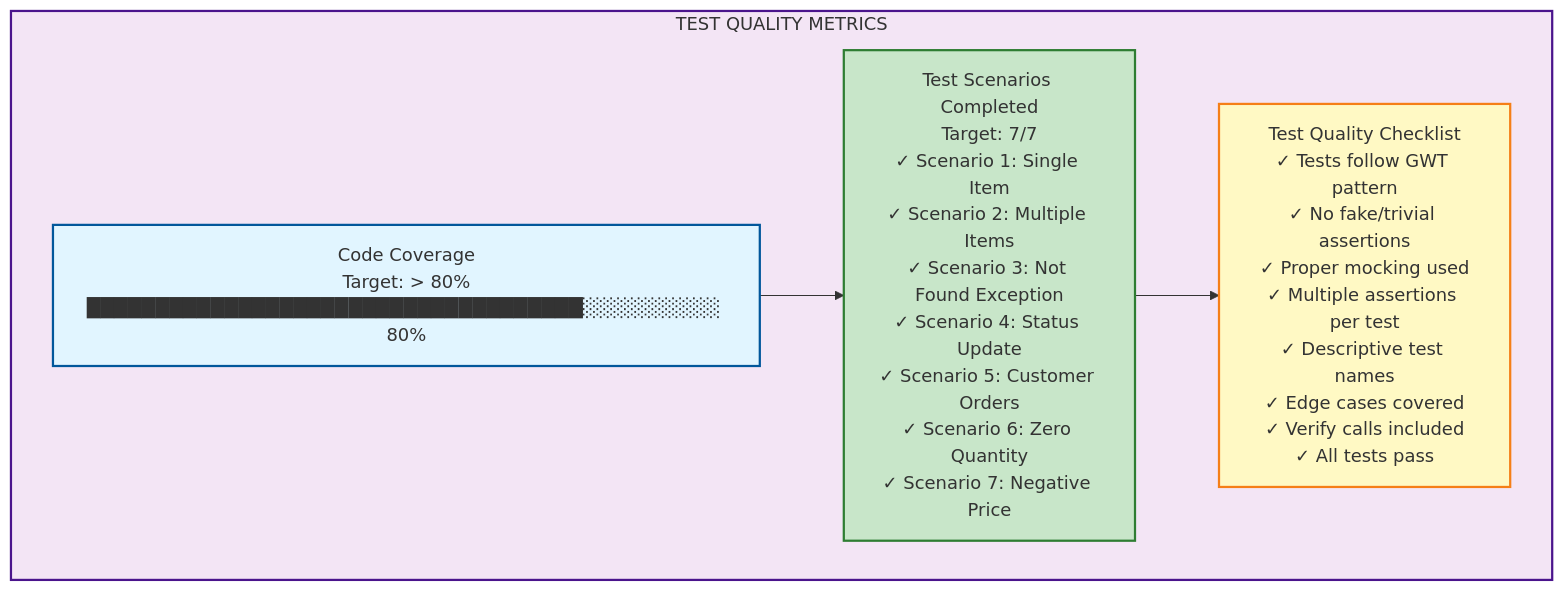
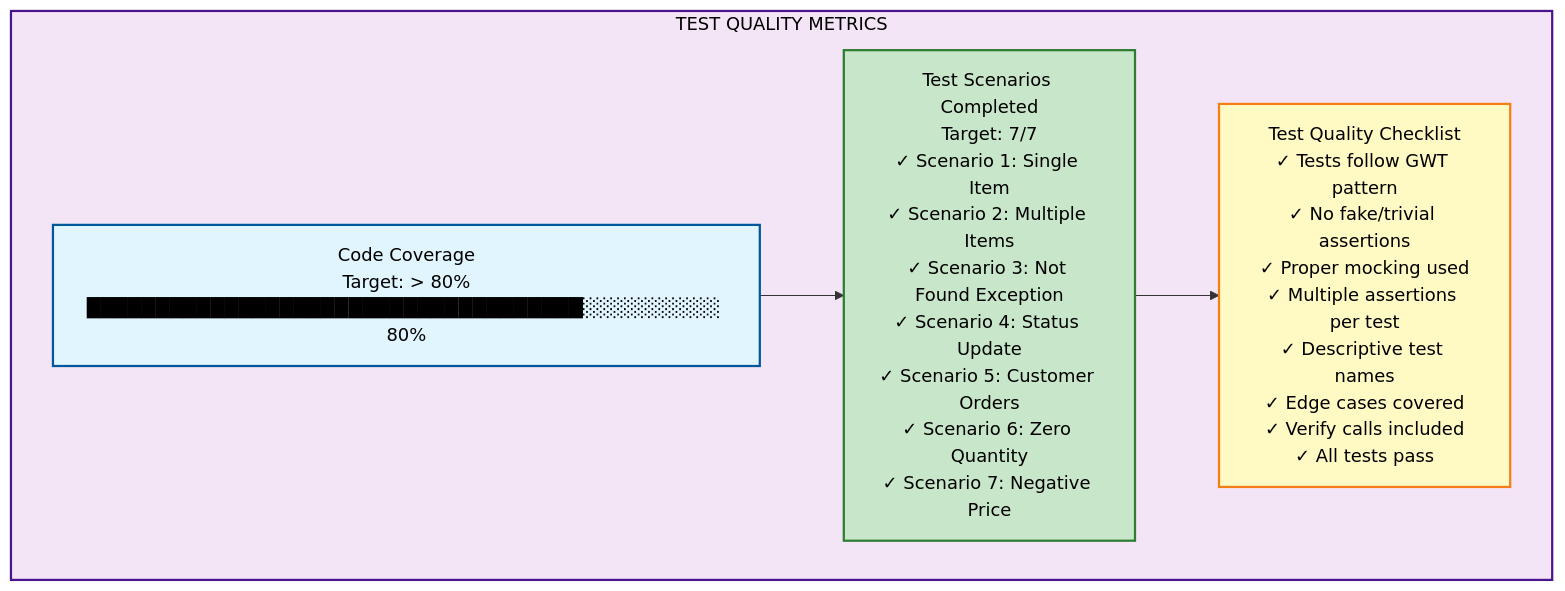
The seventh of 8 diagrams in UNITTEST_WORKSHOP_DIAGRAM.md (hagsmand/pcc-workshop-micro-service), drawn with Mermaid before and after one commit. The commit also changed other lines of this file, not shown here.

````diff
--- a/UNITTEST_WORKSHOP_DIAGRAM.md
+++ b/UNITTEST_WORKSHOP_DIAGRAM.md
@@ -189,18 +215,18 @@
 ```mermaid
 graph TD
     subgraph Metrics["TEST QUALITY METRICS"]
         Coverage[Code Coverage<br/>Target: > 80%<br/>████████████████████████████████████░░░░░░░░░░ 80%]
         
         Scenarios[Test Scenarios Completed<br/>Target: 7/7<br/>✓ Scenario 1: Single Item<br/>✓ Scenario 2: Multiple Items<br/>✓ Scenario 3: Not Found Exception<br/>✓ Scenario 4: Status Update<br/>✓ Scenario 5: Customer Orders<br/>✓ Scenario 6: Zero Quantity<br/>✓ Scenario 7: Negative Price]
         
         Quality[Test Quality Checklist<br/>✓ Tests follow GWT pattern<br/>✓ No fake/trivial assertions<br/>✓ Proper mocking used<br/>✓ Multiple assertions per test<br/>✓ Descriptive test names<br/>✓ Edge cases covered<br/>✓ Verify calls included<br/>✓ All tests pass]
     end
     
     Coverage --> Scenarios
     Scenarios --> Quality
     
-    style Metrics fill:#f3e5f5,stroke:#4a148c,stroke-width:2px
-    style Coverage fill:#e1f5ff,stroke:#01579b,stroke-width:2px
-    style Scenarios fill:#c8e6c9,stroke:#2e7d32,stroke-width:2px
-    style Quality fill:#fff9c4,stroke:#f57f17,stroke-width:2px
+    style Metrics fill:#f3e5f5,stroke:#4a148c,stroke-width:2px,color:#000
+    style Coverage fill:#e1f5ff,stroke:#01579b,stroke-width:2px,color:#000
+    style Scenarios fill:#c8e6c9,stroke:#2e7d32,stroke-width:2px,color:#000
+    style Quality fill:#fff9c4,stroke:#f57f17,stroke-width:2px,color:#000
 ```
````
